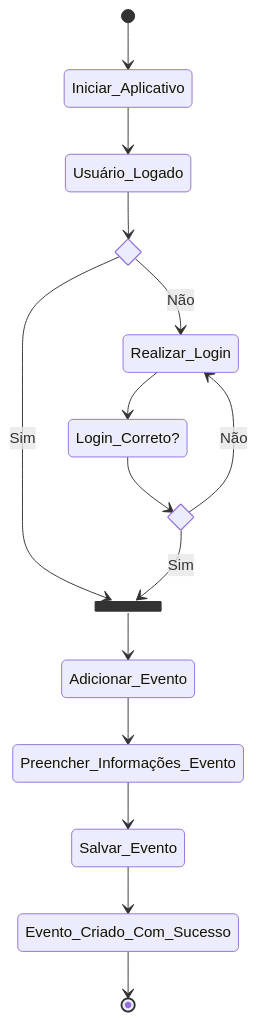
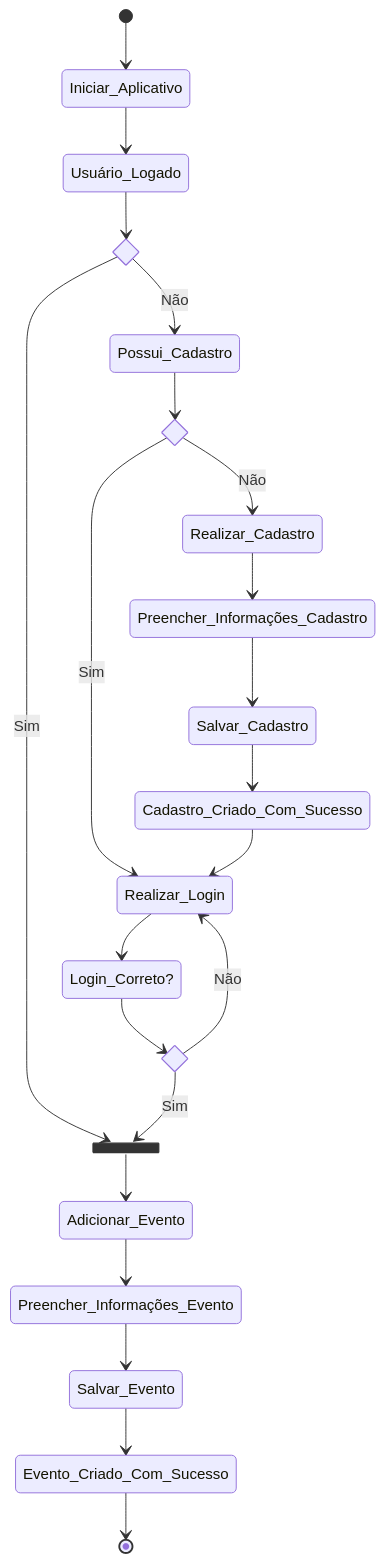
Before and after one commit to MatheusAkira/Software-engineering-project: the second of 3 diagrams in README.md, drawn with Mermaid. The commit also changed other lines of this file, not shown here.

Commit message:
Alterações finais

````diff
--- a/README.md
+++ b/README.md
@@ -214,26 +215,36 @@
 ```mermaid
 stateDiagram
     [*] --> Iniciar_Aplicativo
     Iniciar_Aplicativo --> Usuário_Logado
     Adicionar_Evento --> Preencher_Informações_Evento
     Preencher_Informações_Evento --> Salvar_Evento
     Salvar_Evento --> Evento_Criado_Com_Sucesso
 
     state if_Logado <<choice>>
     Usuário_Logado --> if_Logado
-    if_Logado --> Realizar_Login: Não
+    if_Logado --> Possui_Cadastro: Não
+
+    state if_Cadastrado <<choice>>
+    Possui_Cadastro --> if_Cadastrado
+    if_Cadastrado --> Realizar_Cadastro: Não
+    if_Cadastrado --> Realizar_Login: Sim
+
+    Realizar_Cadastro --> Preencher_Informações_Cadastro
+    Preencher_Informações_Cadastro --> Salvar_Cadastro
+    Salvar_Cadastro --> Cadastro_Criado_Com_Sucesso
+    Cadastro_Criado_Com_Sucesso --> Realizar_Login
 
     state join_Login <<join>>
     if_Logado --> join_Login: Sim
 
     state if_Login_Correto <<choice>>
     Realizar_Login --> Login_Correto?
     Login_Correto? --> if_Login_Correto
     if_Login_Correto --> Realizar_Login: Não
     if_Login_Correto --> join_Login : Sim
 
    join_Login --> Adicionar_Evento
 
    Evento_Criado_Com_Sucesso --> [*]
 
 ```
````
